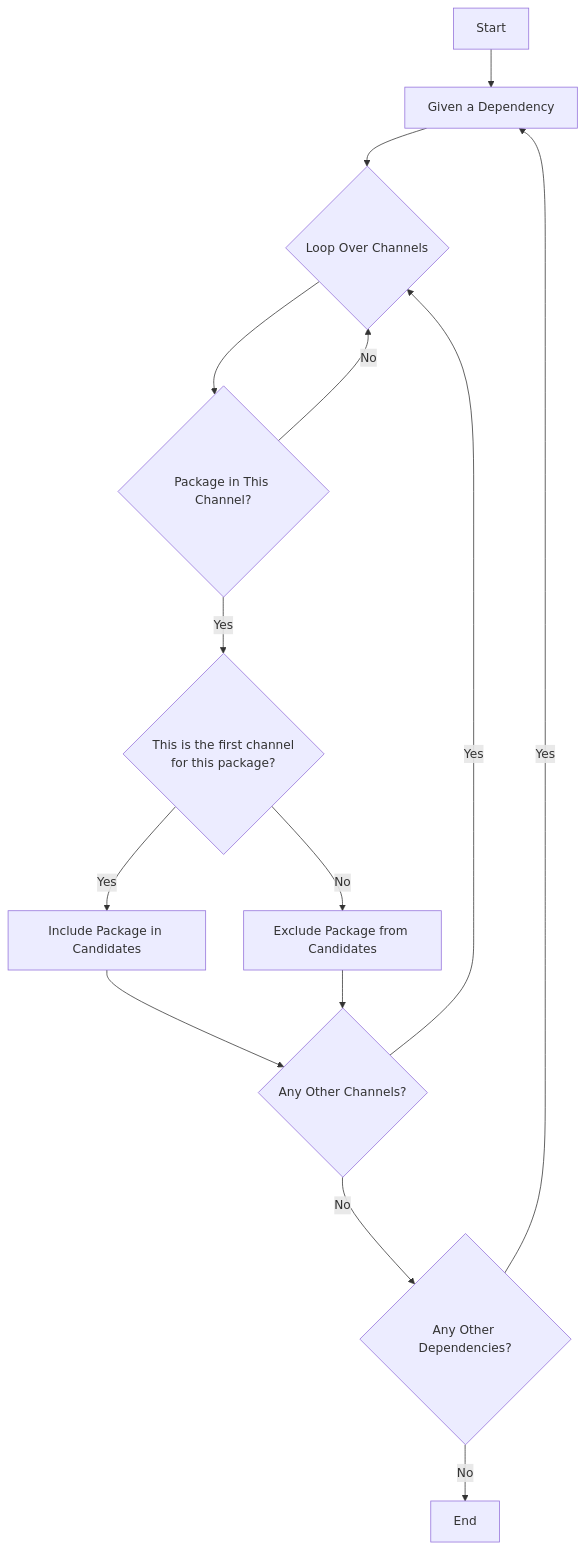
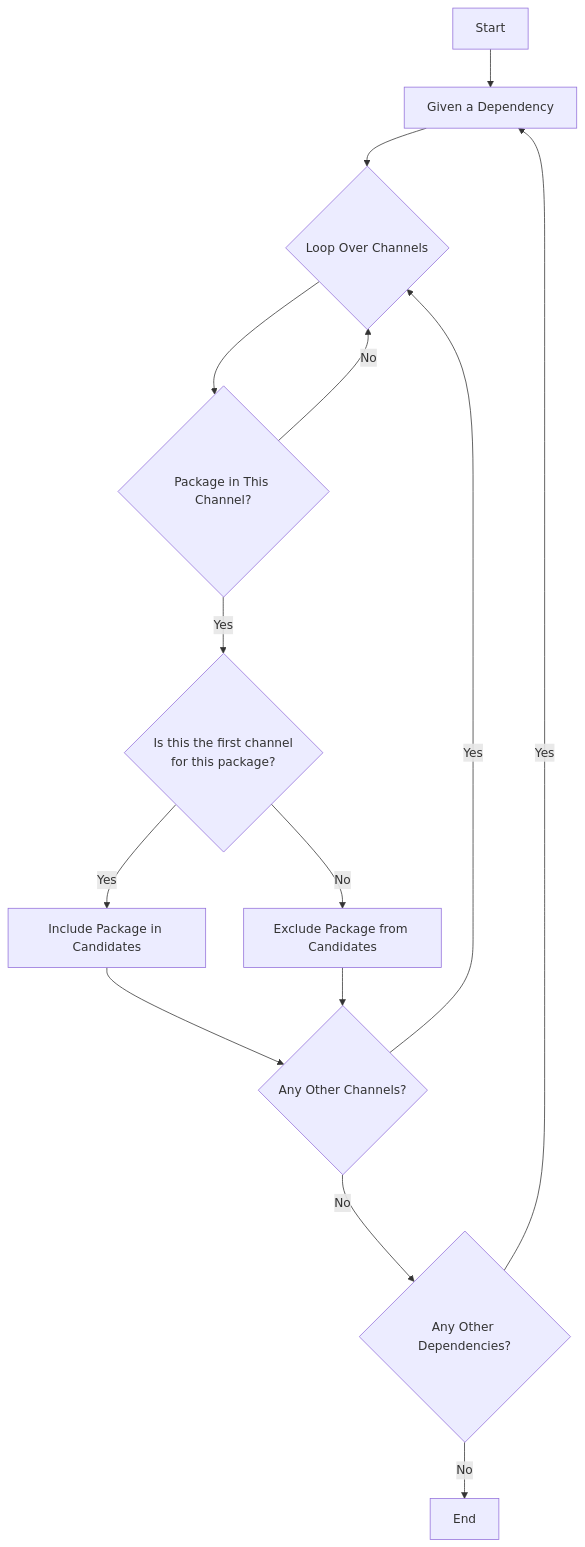
The second of 2 diagrams in docs/advanced/channel_logic.md (prefix-dev/pixi), drawn with Mermaid before and after one commit.

Commit message:
nit [skip ci]

````diff
--- a/docs/advanced/channel_logic.md
+++ b/docs/advanced/channel_logic.md
@@ -43,17 +43,17 @@
 ``` mermaid
 flowchart TD
     A[Start] --> B[Given a Dependency]
     B --> C{Loop Over Channels}
     C --> D{Package in This Channel?}
     D -->|No| C
-    D -->|Yes| E{"This is the first channel
+    D -->|Yes| E{"Is this the first channel
      for this package?"}
     E -->|Yes| F[Include Package in Candidates]
     E -->|No| G[Exclude Package from Candidates]
     F --> H{Any Other Channels?}
     G --> H
     H -->|Yes| C
     H -->|No| I{Any Other Dependencies?}
     I -->|No| J[End]
     I -->|Yes| B
 ```
````
